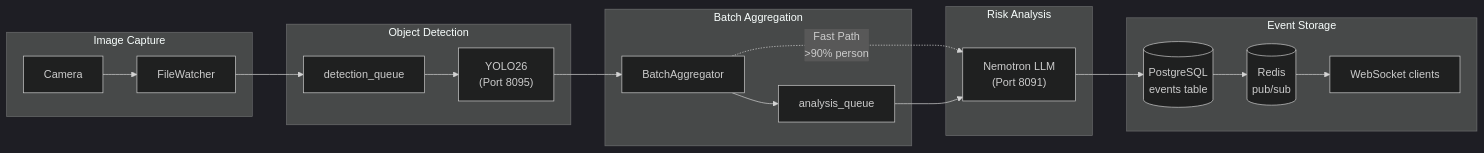
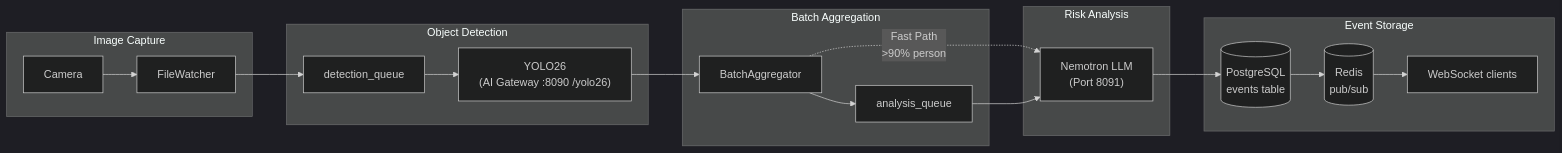
The diagram in docs/developer/pipeline-overview.md (mikesvoboda/nemotron-v3-home-security-intelligence), drawn with Mermaid before and after one commit. The commit also changed 313 other files, not shown here.

````diff
--- a/docs/developer/pipeline-overview.md
+++ b/docs/developer/pipeline-overview.md
@@ -128,39 +128,39 @@
 ```mermaid
 %%{init: {'theme': 'dark'}}%%
 flowchart LR
     subgraph Input["Image Capture"]
         Camera[Camera]
         FW[FileWatcher]
     end
 
     subgraph Detection["Object Detection"]
         DQ[detection_queue]
-        YOLO["YOLO26<br/>(Port 8095)"]
+        YOLO["YOLO26<br/>(AI Gateway :8090 /yolo26)"]
     end
 
     subgraph Batching["Batch Aggregation"]
         BA[BatchAggregator]
         AQ[analysis_queue]
     end
 
     subgraph Analysis["Risk Analysis"]
         NEM["Nemotron LLM<br/>(Port 8091)"]
     end
 
     subgraph Storage["Event Storage"]
         DB[(PostgreSQL<br/>events table)]
         Redis[(Redis<br/>pub/sub)]
         WS[WebSocket clients]
     end
 
     Camera --> FW
     FW --> DQ
     DQ --> YOLO
     YOLO --> BA
     BA --> AQ
     BA -.->|Fast Path<br/>>90% person| NEM
     AQ --> NEM
     NEM --> DB
     DB --> Redis
     Redis --> WS
 ```
````
